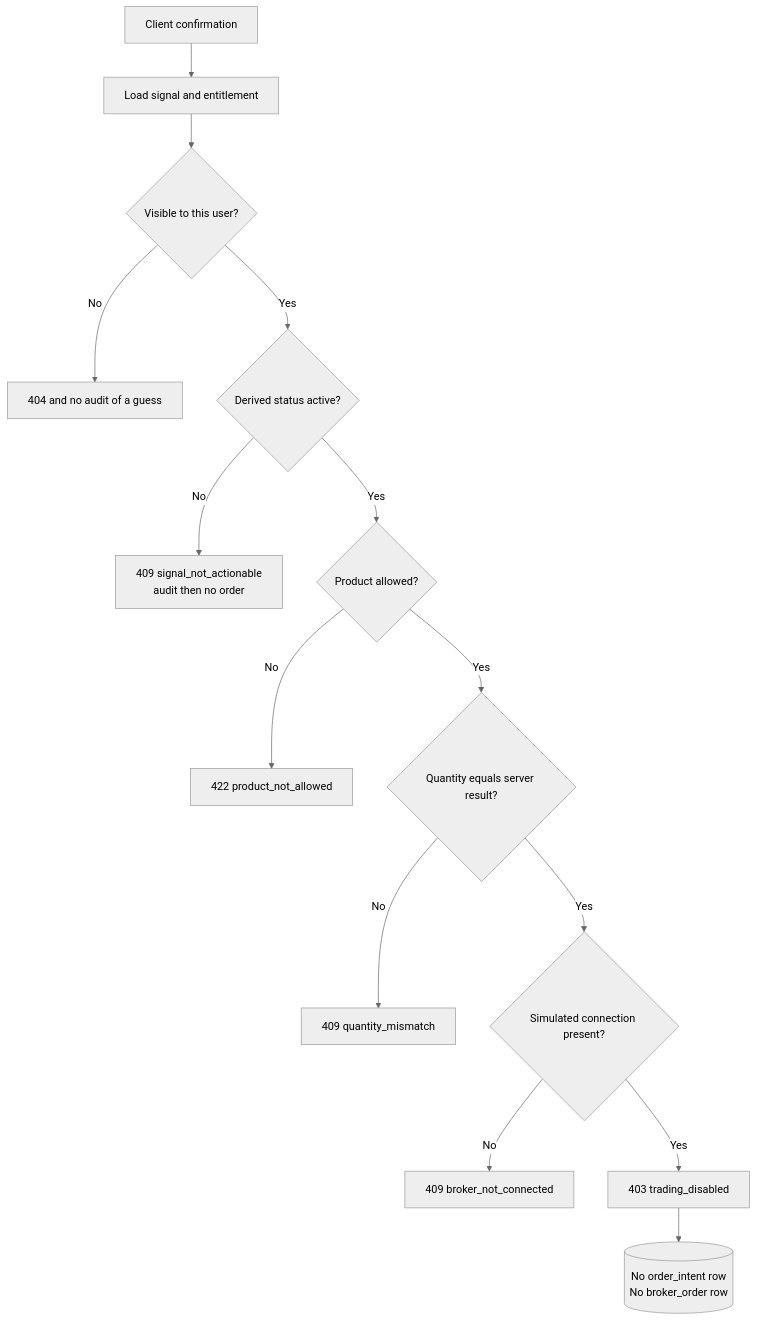
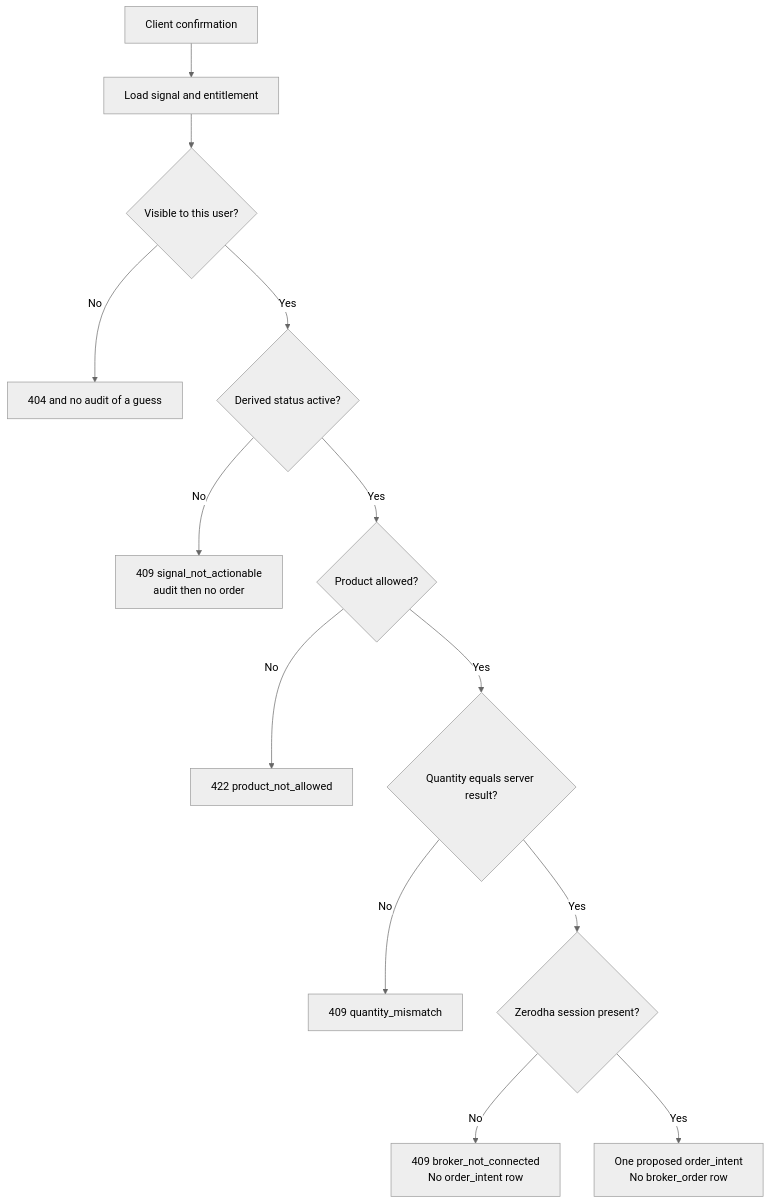
Before and after one commit to chandradibyendu-oss/quantivo_mo: the fourth of 5 diagrams in docs/architecture/DATA_FLOW.md, drawn with Mermaid (neutral theme). The commit also changed other lines of this file and 39 other files, not shown here.

First line of the commit message:
Save a confirmed order before any broker call, and renew Fyers quotes each morning.

````diff
--- a/docs/architecture/DATA_FLOW.md
+++ b/docs/architecture/DATA_FLOW.md
@@ -86,16 +86,15 @@
 ```mermaid
 flowchart TD
   client[Client confirmation] --> load[Load signal and entitlement]
   load --> found{Visible to this user?}
   found -->|No| missing[404 and no audit of a guess]
   found -->|Yes| state{Derived status active?}
   state -->|No| rejectState[409 signal_not_actionable<br/>audit then no order]
   state -->|Yes| product{Product allowed?}
   product -->|No| rejectProduct[422 product_not_allowed]
   product -->|Yes| qty{Quantity equals server result?}
   qty -->|No| rejectQty[409 quantity_mismatch]
-  qty -->|Yes| broker{Simulated connection present?}
-  broker -->|No| rejectBroker[409 broker_not_connected]
-  broker -->|Yes| refuse[403 trading_disabled]
-  refuse --> none[(No order_intent row<br/>No broker_order row)]
+  qty -->|Yes| broker{Zerodha session present?}
+  broker -->|No| rejectBroker[409 broker_not_connected<br/>No order_intent row]
+  broker -->|Yes| save[One proposed order_intent<br/>No broker_order row]
 ```
````
